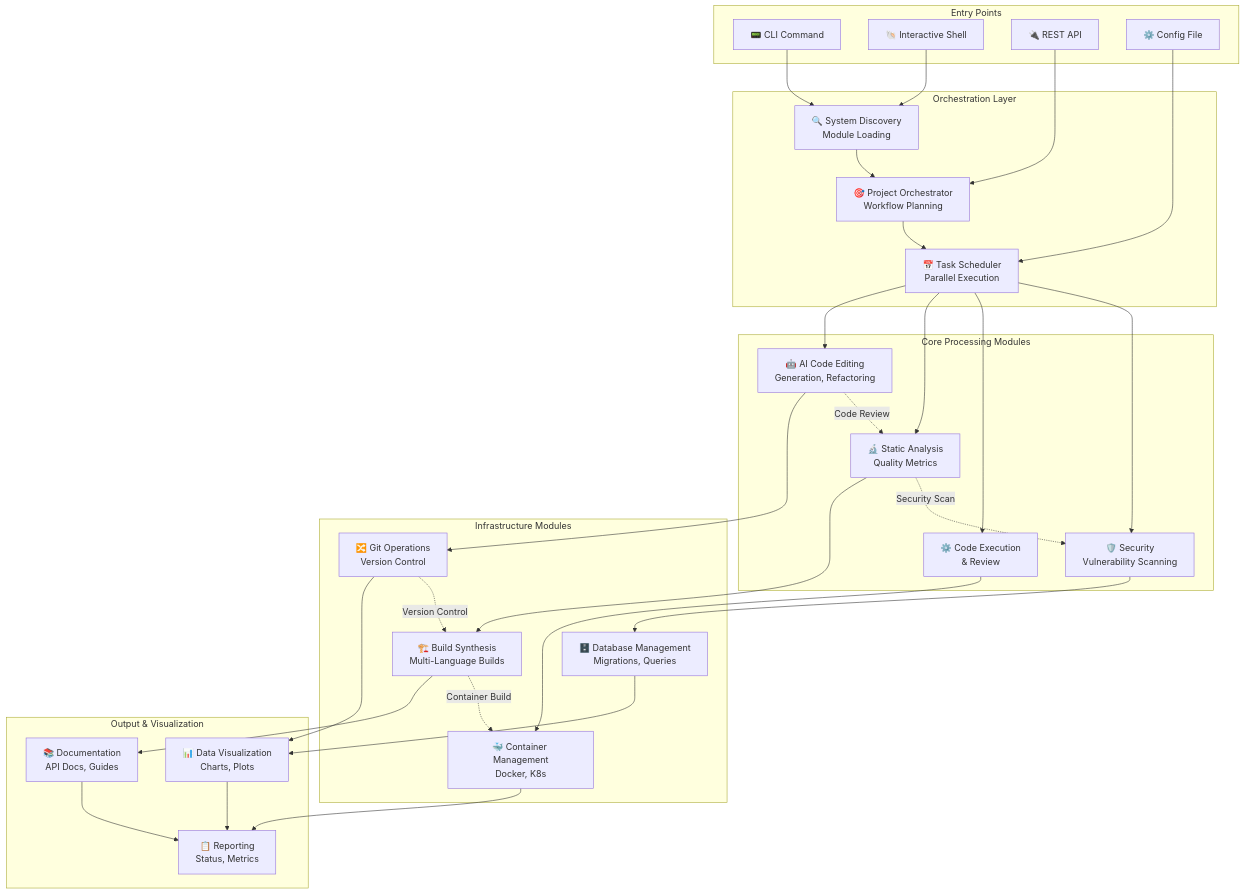
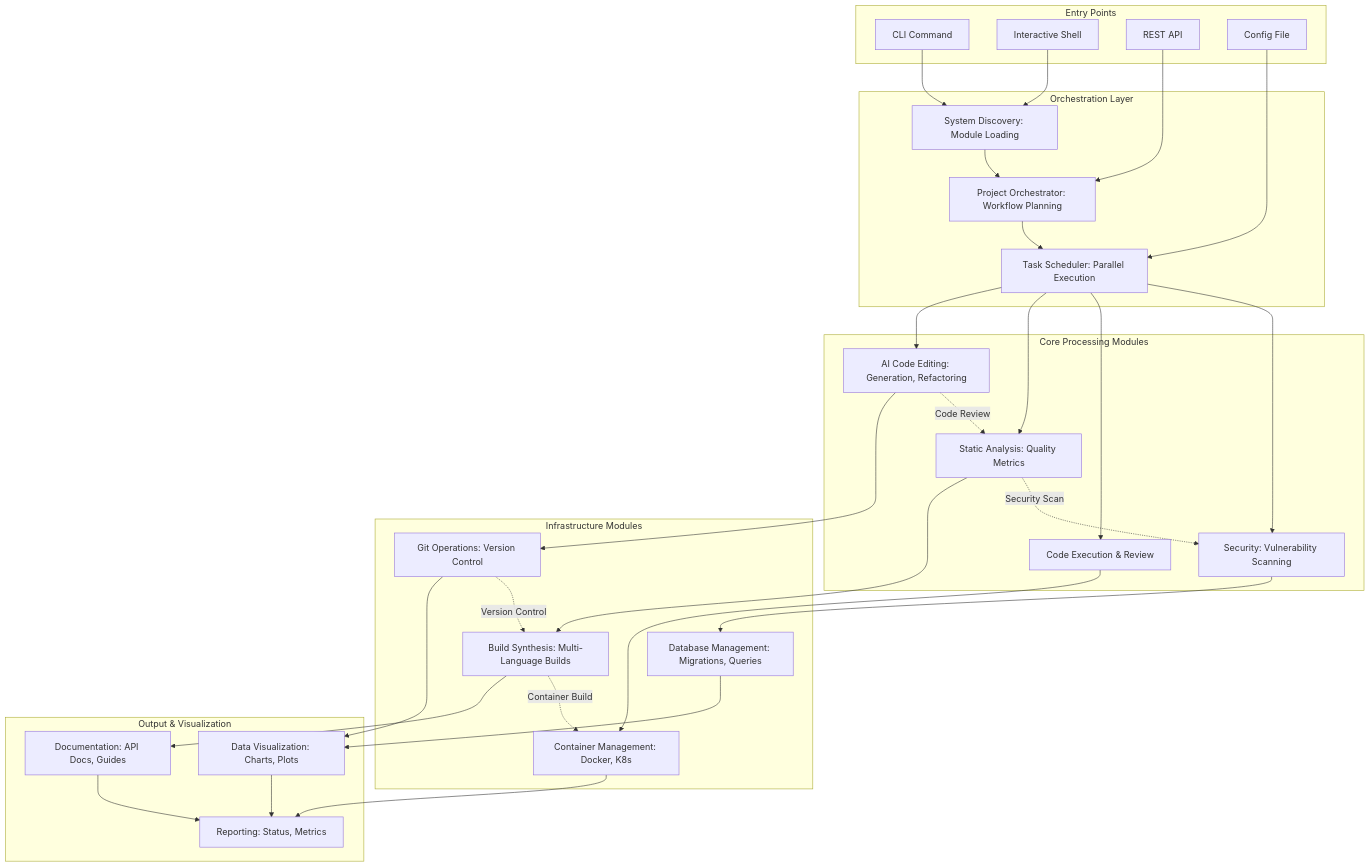
One commit to docxology/codomyrmex changed the ninth of 12 diagrams in README.md. Above: the diagram before and after it, drawn with Mermaid. The commit also changed other lines of this file and 21 other files, not shown here.

````diff
--- a/README.md
+++ b/README.md
@@ -974,67 +1131,67 @@
 ```mermaid
 graph TD
-    subgraph "Entry Points"
-        CLI[📟 CLI Command]
-        InteractiveShell[🐚 Interactive Shell]
-        APIEndpoint[🔌 REST API]
-        ConfigFile[⚙️ Config File]
+    subgraph entryPoints ["Entry Points"]
+        CLI["CLI Command"]
+        InteractiveShell["Interactive Shell"]
+        APIEndpoint["REST API"]
+        ConfigFile["Config File"]
     end
 
-    subgraph "Orchestration Layer"
-        SystemDiscovery[🔍 System Discovery<br/>Module Loading]
-        ProjectOrchestrator[🎯 Project Orchestrator<br/>Workflow Planning]
-        TaskScheduler[📅 Task Scheduler<br/>Parallel Execution]
+    subgraph orchestrationLayer ["Orchestration Layer"]
+        SystemDiscovery["System Discovery: Module Loading"]
+        ProjectOrchestrator["Project Orchestrator: Workflow Planning"]
+        TaskScheduler["Task Scheduler: Parallel Execution"]
     end
 
-    subgraph "Core Processing Modules"
-        AICode[🤖 AI Code Editing<br/>Generation, Refactoring]
-        StaticAnalysis[🔬 Static Analysis<br/>Quality Metrics]
-        Code[⚙️ Code Execution<br/>& Review]
-        Security[🛡️ Security<br/>Vulnerability Scanning]
+    subgraph coreProcessing ["Core Processing Modules"]
+        AICode["AI Code Editing: Generation, Refactoring"]
+        StaticAnalysis["Static Analysis: Quality Metrics"]
+        Code["Code Execution & Review"]
+        Security["Security: Vulnerability Scanning"]
     end
 
-    subgraph "Infrastructure Modules"
-        GitOps[🔀 Git Operations<br/>Version Control]
-        BuildSynth[🏗️ Build Synthesis<br/>Multi-Language Builds]
-        ContainerMgmt[🐳 Container Management<br/>Docker, K8s]
-        DatabaseMgmt[🗄️ Database Management<br/>Migrations, Queries]
+    subgraph infrastructureModules ["Infrastructure Modules"]
+        GitOps["Git Operations: Version Control"]
+        BuildSynth["Build Synthesis: Multi-Language Builds"]
+        ContainerMgmt["Container Management: Docker, K8s"]
+        DatabaseMgmt["Database Management: Migrations, Queries"]
     end
 
-    subgraph "Output & Visualization"
-        DataVisualization[📊 Data Visualization<br/>Charts, Plots]
-        Documentation[📚 Documentation<br/>API Docs, Guides]
-        Reporting[📋 Reporting<br/>Status, Metrics]
+    subgraph outputVisualization ["Output & Visualization"]
+        DataVisualization["Data Visualization: Charts, Plots"]
+        Documentation["Documentation: API Docs, Guides"]
+        Reporting["Reporting: Status, Metrics"]
     end
 
     CLI --> SystemDiscovery
     InteractiveShell --> SystemDiscovery
     APIEndpoint --> ProjectOrchestrator
     ConfigFile --> TaskScheduler
 
     SystemDiscovery --> ProjectOrchestrator
     ProjectOrchestrator --> TaskScheduler
 
     TaskScheduler --> AICode
     TaskScheduler --> StaticAnalysis
     TaskScheduler --> Code
     TaskScheduler --> Security
 
     AICode --> GitOps
     StaticAnalysis --> BuildSynth
     Code --> ContainerMgmt
     Security --> DatabaseMgmt
 
     GitOps --> DataVisualization
     BuildSynth --> Documentation
     ContainerMgmt --> Reporting
     DatabaseMgmt --> DataVisualization
 
     DataVisualization --> Reporting
     Documentation --> Reporting
 
     %% Cross-module dependencies
     AICode -.->|"Code Review"| StaticAnalysis
     StaticAnalysis -.->|"Security Scan"| Security
     BuildSynth -.->|"Container Build"| ContainerMgmt
     GitOps -.->|"Version Control"| BuildSynth
 ```
````
